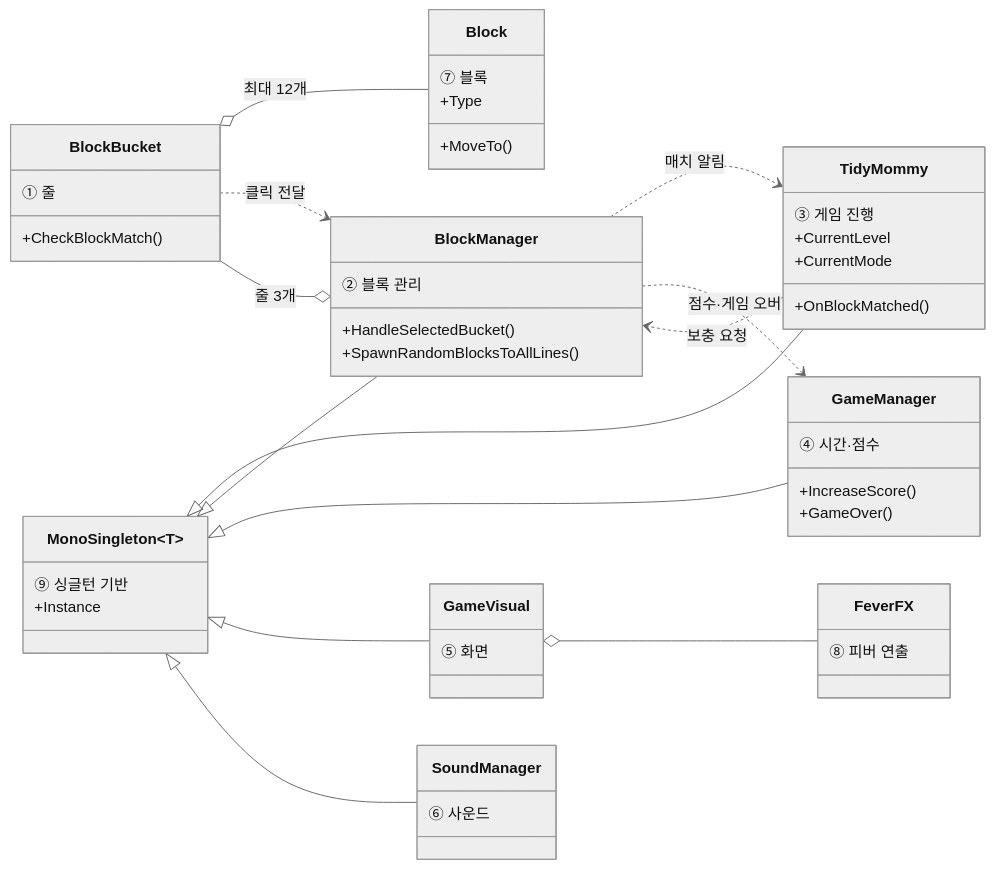
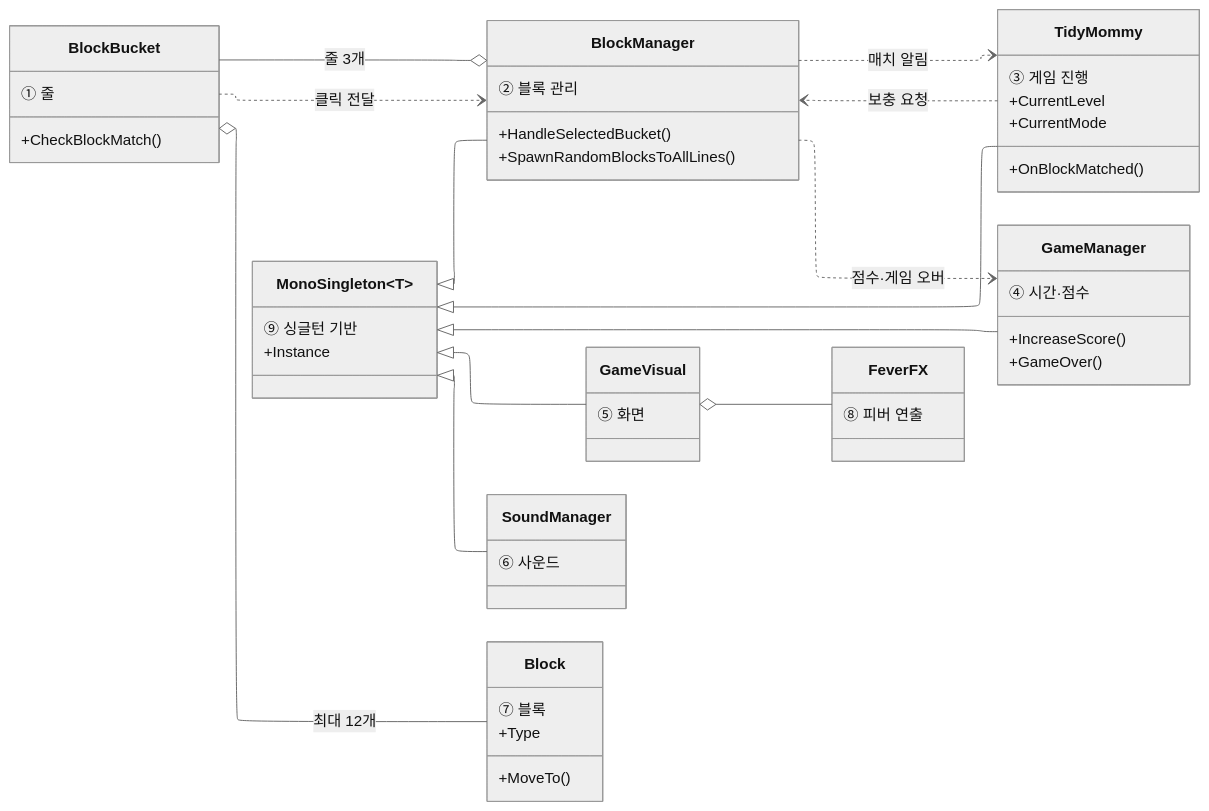
Before and after one commit to chesherneko/portfolio: the third of 6 diagrams in src/0-Tidy-Mommy/기술문서.md, drawn with Mermaid. The commit also changed other lines of this file and 20 other files, not shown here.

````diff
--- a/src/0-Tidy-Mommy/기술문서.md
+++ b/src/0-Tidy-Mommy/기술문서.md
@@ -170,56 +178,56 @@
 ```mermaid
-%%{init: {'theme':'neutral'}}%%
+%%{init: {'theme':'neutral', 'layout': 'elk', 'class': {'curve': 'linear'}}}%%
 classDiagram
     direction LR
     class BlockBucket {
         ① 줄
         +CheckBlockMatch()
     }
     class BlockManager {
         ② 블록 관리
         +HandleSelectedBucket()
         +SpawnRandomBlocksToAllLines()
     }
     class TidyMommy {
         ③ 게임 진행
         +CurrentLevel
         +CurrentMode
         +OnBlockMatched()
     }
     class GameManager {
         ④ 시간·점수
         +IncreaseScore()
         +GameOver()
     }
     class GameVisual {
         ⑤ 화면
     }
     class SoundManager {
         ⑥ 사운드
     }
     class Block {
         ⑦ 블록
         +Type
         +MoveTo()
     }
     class FeverFX {
         ⑧ 피버 연출
     }
     class MonoSingleton~T~ {
         ⑨ 싱글턴 기반
         +Instance
     }
 
     MonoSingleton <|-- TidyMommy
     MonoSingleton <|-- BlockManager
     MonoSingleton <|-- GameManager
     MonoSingleton <|-- GameVisual
     MonoSingleton <|-- SoundManager
     BlockManager o-- BlockBucket : 줄 3개
     BlockBucket o-- Block : 최대 12개
     BlockBucket ..> BlockManager : 클릭 전달
     BlockManager ..> TidyMommy : 매치 알림
     TidyMommy ..> BlockManager : 보충 요청
     BlockManager ..> GameManager : 점수·게임 오버
     GameVisual o-- FeverFX
 ```
````
